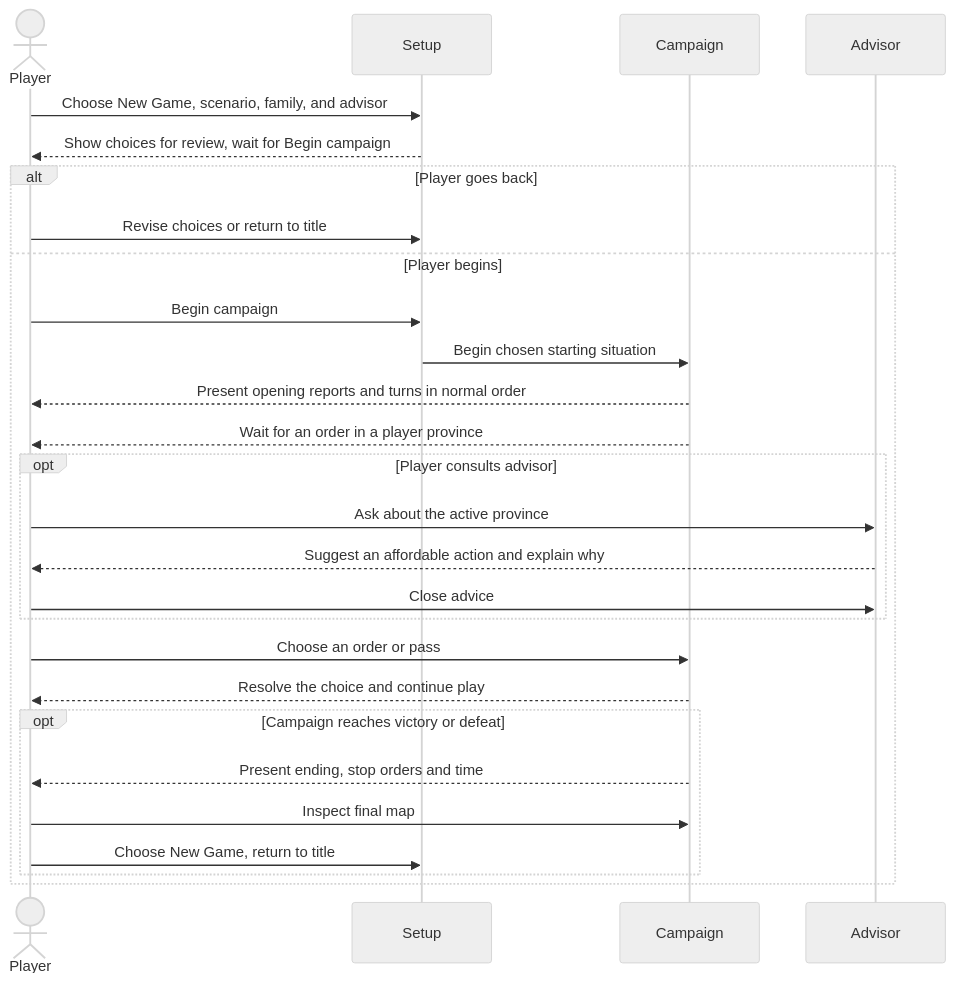
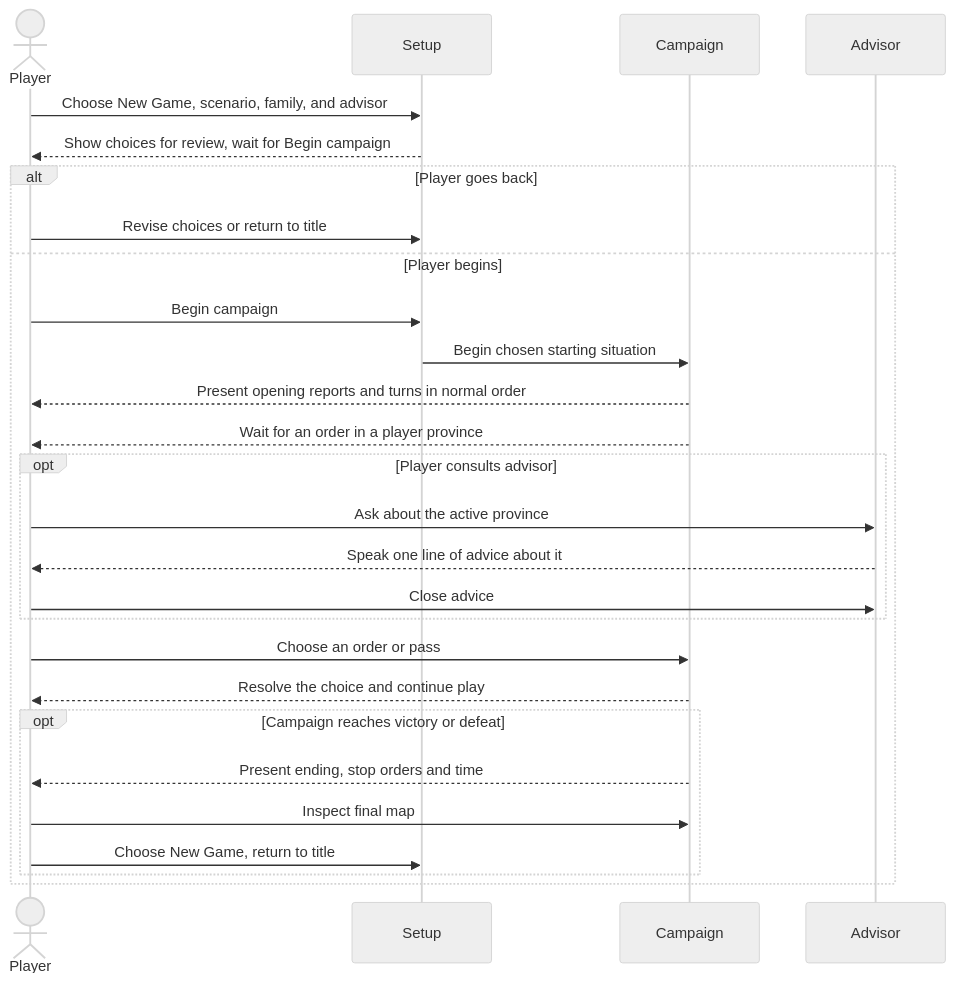
Before and after one commit to pslotinsky/kunstkamera: the second of 2 diagrams in gemstorm/docs/design/16-new-game-and-advisors.md, drawn with Mermaid (neutral theme). The commit also changed other lines of this file and 30 other files, not shown here.

````diff
--- a/gemstorm/docs/design/16-new-game-and-advisors.md
+++ b/gemstorm/docs/design/16-new-game-and-advisors.md
@@ -244,29 +301,29 @@
 ```mermaid
 sequenceDiagram
   actor Player
   participant Setup
   participant Campaign
   participant Advisor
   Player->>Setup: Choose New Game, scenario, family, and advisor
   Setup-->>Player: Show choices for review, wait for Begin campaign
   alt Player goes back
     Player->>Setup: Revise choices or return to title
   else Player begins
     Player->>Setup: Begin campaign
     Setup->>Campaign: Begin chosen starting situation
     Campaign-->>Player: Present opening reports and turns in normal order
     Campaign-->>Player: Wait for an order in a player province
     opt Player consults advisor
       Player->>Advisor: Ask about the active province
-      Advisor-->>Player: Suggest an affordable action and explain why
+      Advisor-->>Player: Speak one line of advice about it
       Player->>Advisor: Close advice
     end
     Player->>Campaign: Choose an order or pass
     Campaign-->>Player: Resolve the choice and continue play
     opt Campaign reaches victory or defeat
       Campaign-->>Player: Present ending, stop orders and time
       Player->>Campaign: Inspect final map
       Player->>Setup: Choose New Game, return to title
     end
   end
 ```
````
